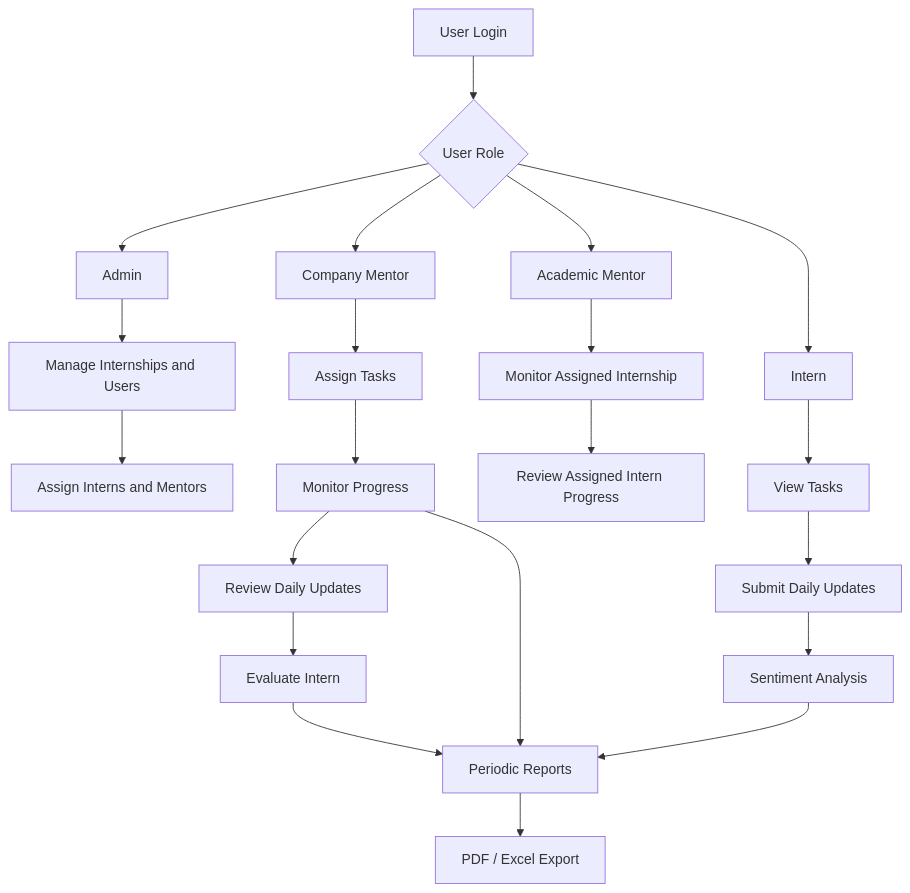
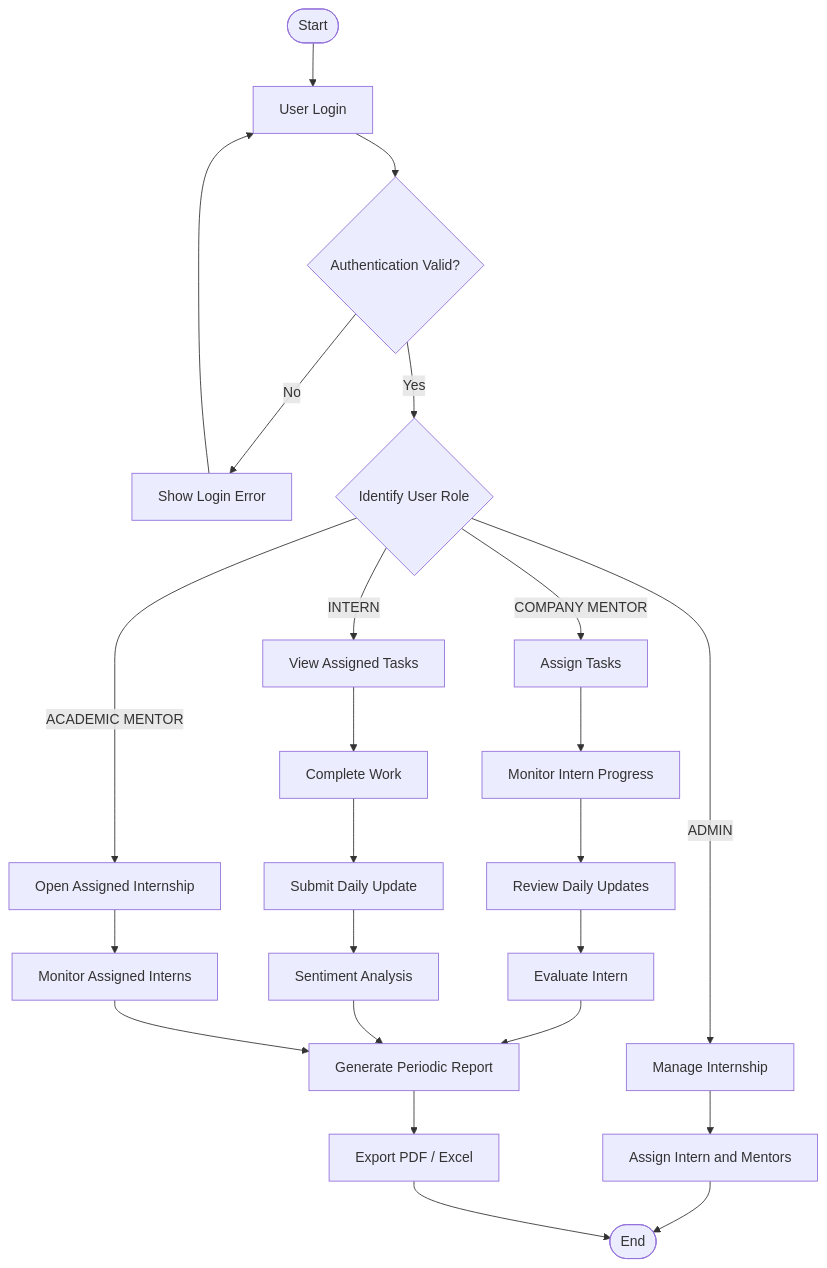
One commit to sarthakdarshane/InternManagement changed diagram 11 of 13 in README.md. Above: the diagram before and after it, drawn with Mermaid. The commit also changed other lines of this file, not shown here.

````diff
--- a/README.md
+++ b/README.md
@@ -254,28 +739,34 @@
 ```mermaid
 flowchart TD
-    A[User Login] --> B{User Role}
-    B --> C[Admin]
-    B --> D[Company Mentor]
-    B --> E[Academic Mentor]
-    B --> F[Intern]
+    A([Start]) --> B[User Login]
+    B --> C{Authentication Valid?}
 
-    C --> G[Manage Internships and Users]
-    G --> H[Assign Interns and Mentors]
+    C -->|No| D[Show Login Error]
+    D --> B
 
-    D --> I[Assign Tasks]
-    I --> J[Monitor Progress]
-    J --> K[Review Daily Updates]
-    K --> L[Evaluate Intern]
+    C -->|Yes| E{Identify User Role}
 
-    E --> M[Monitor Assigned Internship]
-    M --> N[Review Assigned Intern Progress]
+    E -->|ADMIN| F[Manage Internship]
+    F --> G[Assign Intern and Mentors]
 
-    F --> O[View Tasks]
-    O --> P[Submit Daily Updates]
+    E -->|COMPANY MENTOR| H[Assign Tasks]
+    H --> I[Monitor Intern Progress]
+    I --> J[Review Daily Updates]
+    J --> K[Evaluate Intern]
+
+    E -->|ACADEMIC MENTOR| L[Open Assigned Internship]
+    L --> M[Monitor Assigned Interns]
+
+    E -->|INTERN| N[View Assigned Tasks]
+    N --> O[Complete Work]
+    O --> P[Submit Daily Update]
     P --> Q[Sentiment Analysis]
 
-    L --> R[Periodic Reports]
+    K --> R[Generate Periodic Report]
     Q --> R
-    J --> R
-    R --> S[PDF / Excel Export]
+    M --> R
+    R --> S[Export PDF / Excel]
+
+    G --> T([End])
+    S --> T
 ```
````
